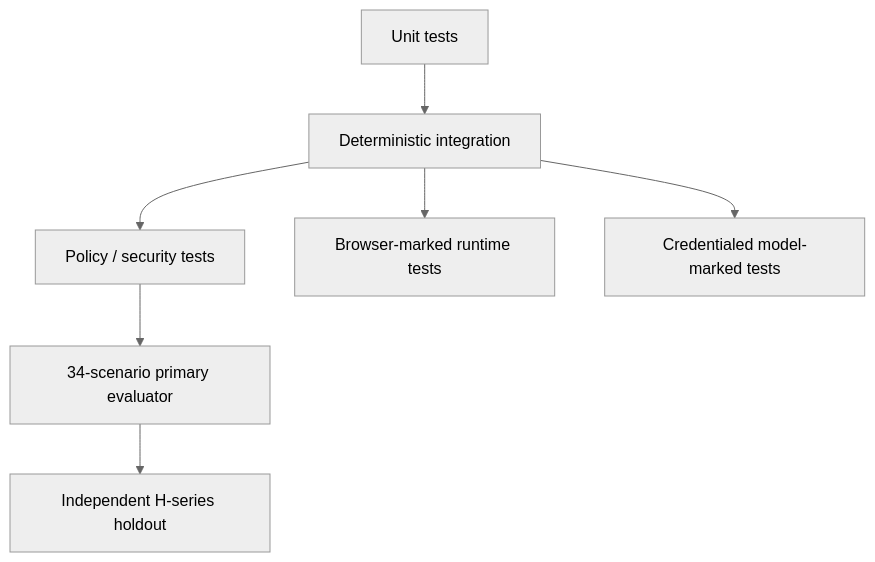
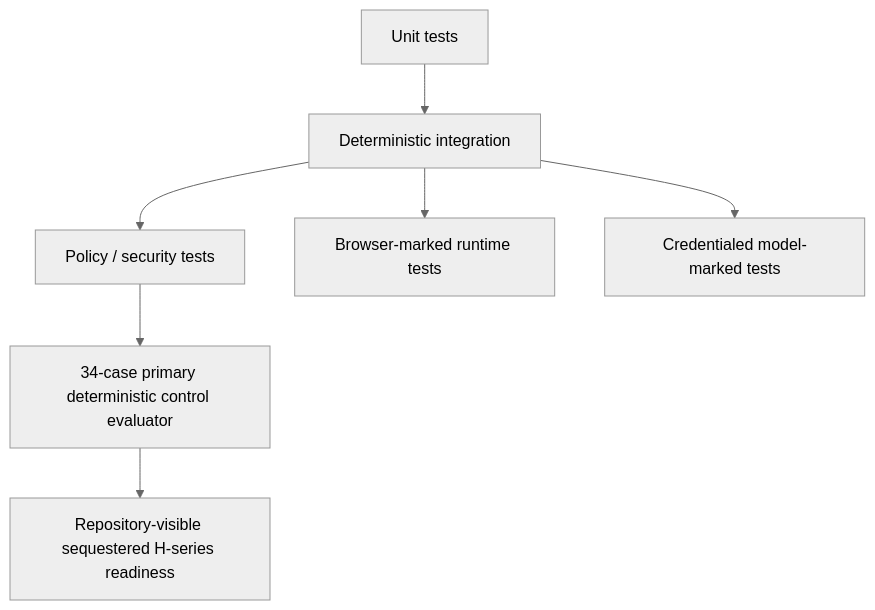
The diagram in docs/EVALUATION.md (portyu9/ai-qa-automation), drawn with Mermaid (neutral theme) before and after one commit. The commit also changed other lines of this file, not shown here.

````diff
--- a/docs/EVALUATION.md
+++ b/docs/EVALUATION.md
@@ -32,9 +32,9 @@
 ```mermaid
 flowchart TD
     U[Unit tests] --> I[Deterministic integration]
     I --> S[Policy / security tests]
-    S --> P[34-scenario primary evaluator]
-    P --> H[Independent H-series holdout]
+    S --> P[34-case primary deterministic control evaluator]
+    P --> H[Repository-visible sequestered H-series readiness]
     I --> B[Browser-marked runtime tests]
     I --> M[Credentialed model-marked tests]
 ```
````
